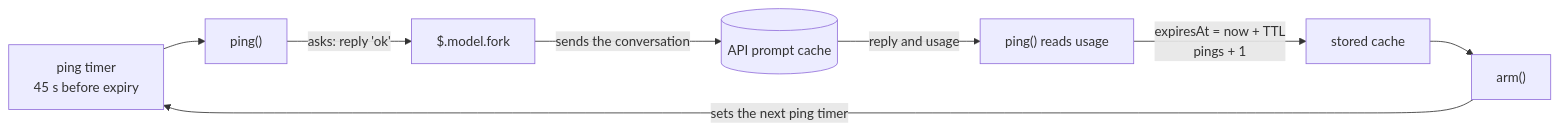
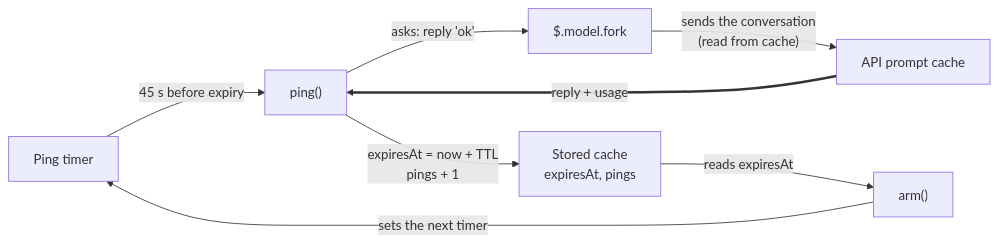
Before and after one commit to plaktoz/claude-mods: the second of 2 diagrams in mods/cache-warm/README.md, drawn with Mermaid. The commit also changed other lines of this file and 21 other files, not shown here.

````diff
--- a/mods/cache-warm/README.md
+++ b/mods/cache-warm/README.md
@@ -118,10 +122,11 @@
 ```mermaid
 flowchart LR
-    T["ping timer<br/>45 s before expiry"] --> P["ping()"]
+    T["Ping timer"] -->|"45 s before expiry"| P["ping()"]
     P -->|"asks: reply 'ok'"| F["$.model.fork"]
-    F -->|"sends the conversation"| A[("API prompt cache")]
-    A -->|"reply and usage"| R["ping() reads usage"]
-    R -->|"expiresAt = now + TTL<br/>pings + 1"| U["stored cache"]
-    U --> M["arm()"]
-    M -->|"sets the next ping timer"| T
+    F -->|"sends the conversation<br/>(read from cache)"| A["API prompt cache"]
+    A -->|"reply + usage"| P
+    P -->|"expiresAt = now + TTL<br/>pings + 1"| U["Stored cache<br/>expiresAt, pings"]
+    U -->|"reads expiresAt"| M["arm()"]
+    M -->|"sets the next timer"| T
+    linkStyle 3 stroke-width:3px
 ```
````
